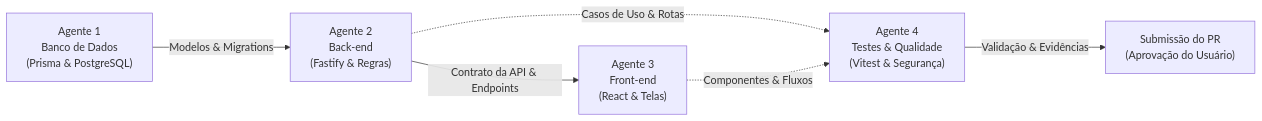
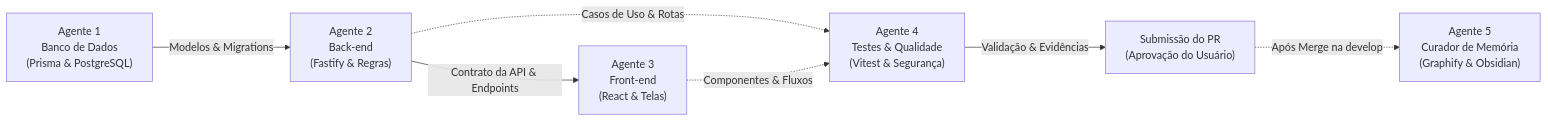
One commit to jacaze/obras-jooy changed the diagram in documentos/PAPEIS_AGENTES.md. Above: the diagram before and after it, drawn with Mermaid. The commit also changed other lines of this file, not shown here.

Commit message:
docs: adicionar Agente 5 Curador de Memoria e Obsidian a matriz de papeis

````diff
--- a/documentos/PAPEIS_AGENTES.md
+++ b/documentos/PAPEIS_AGENTES.md
@@ -12,8 +12,9 @@
 ```mermaid
 flowchart LR
     DB["Agente 1<br/>Banco de Dados<br/>(Prisma & PostgreSQL)"] -->|Modelos & Migrations| BE["Agente 2<br/>Back-end<br/>(Fastify & Regras)"]
     BE -->|Contrato da API & Endpoints| FE["Agente 3<br/>Front-end<br/>(React & Telas)"]
     BE -.->|Casos de Uso & Rotas| QA["Agente 4<br/>Testes & Qualidade<br/>(Vitest & Segurança)"]
     FE -.->|Componentes & Fluxos| QA
     QA -->|Validação & Evidências| PR["Submissão do PR<br/>(Aprovação do Usuário)"]
+    PR -.->|Após Merge na develop| MEM["Agente 5<br/>Curador de Memória<br/>(Graphify & Obsidian)"]
 ```
````
